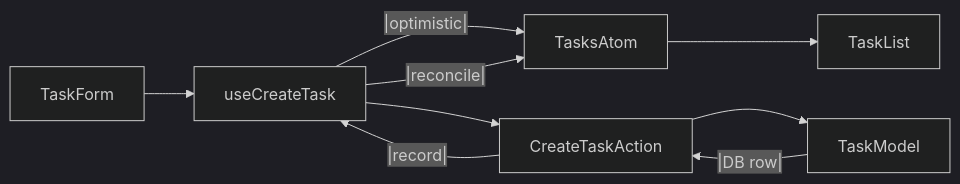
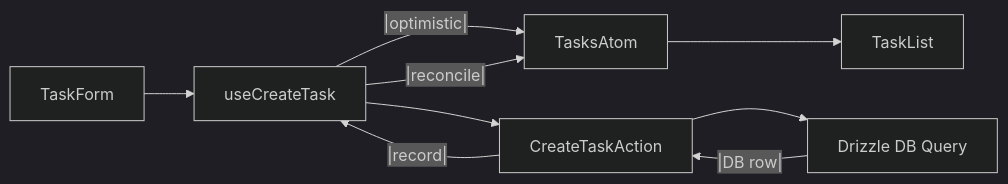
Before and after one commit to coeus-ventures/web-template: the diagram in docs/templates/architecture.md, drawn with Mermaid (dark theme). The commit also changed other lines of this file and 15 other files, not shown here.

````diff
--- a/docs/templates/architecture.md
+++ b/docs/templates/architecture.md
@@ -332,12 +330,12 @@
 ```mermaid
 flowchart LR
     TaskForm --> useCreateTask
     useCreateTask --|optimistic|--> TasksAtom
     useCreateTask --> CreateTaskAction
-    CreateTaskAction --> TaskModel
-    TaskModel --|DB row|--> CreateTaskAction
+    CreateTaskAction --> DrizzleDB[Drizzle DB Query]
+    DrizzleDB --|DB row|--> CreateTaskAction
     CreateTaskAction --|record|--> useCreateTask
     useCreateTask --|reconcile|--> TasksAtom
     TasksAtom --> TaskList
 
 ```
````
